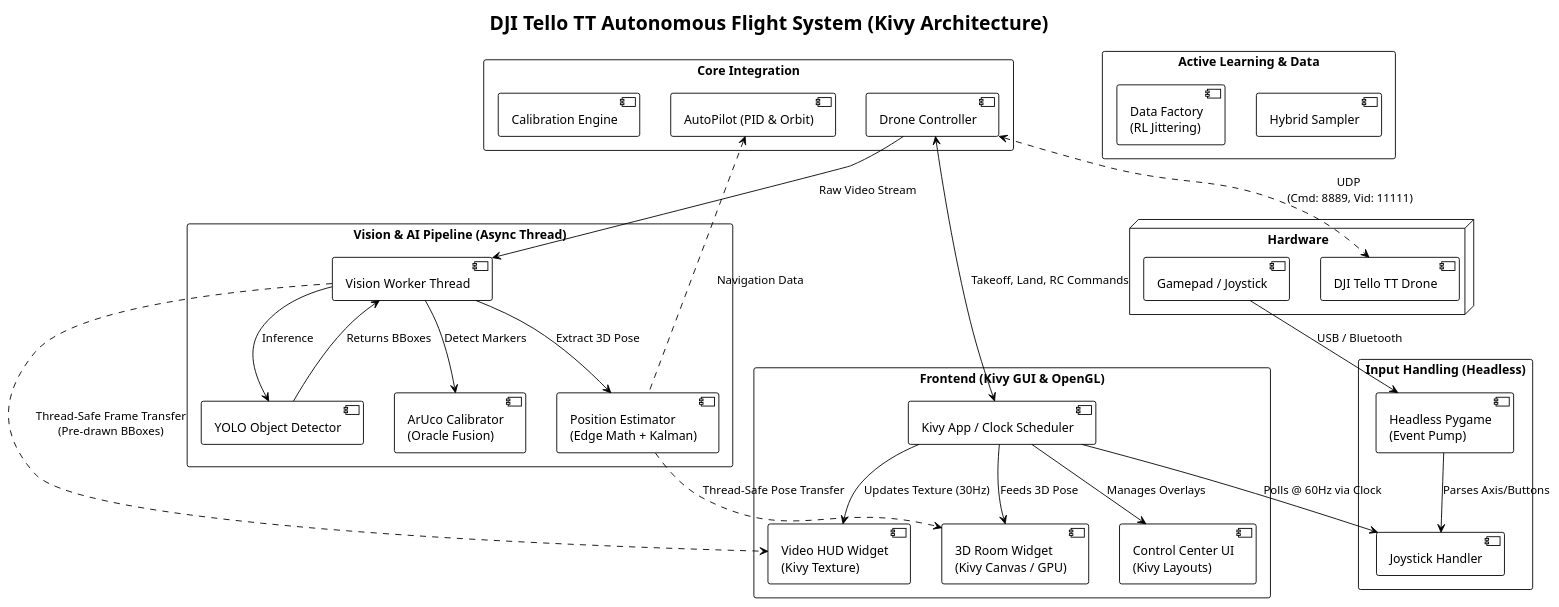
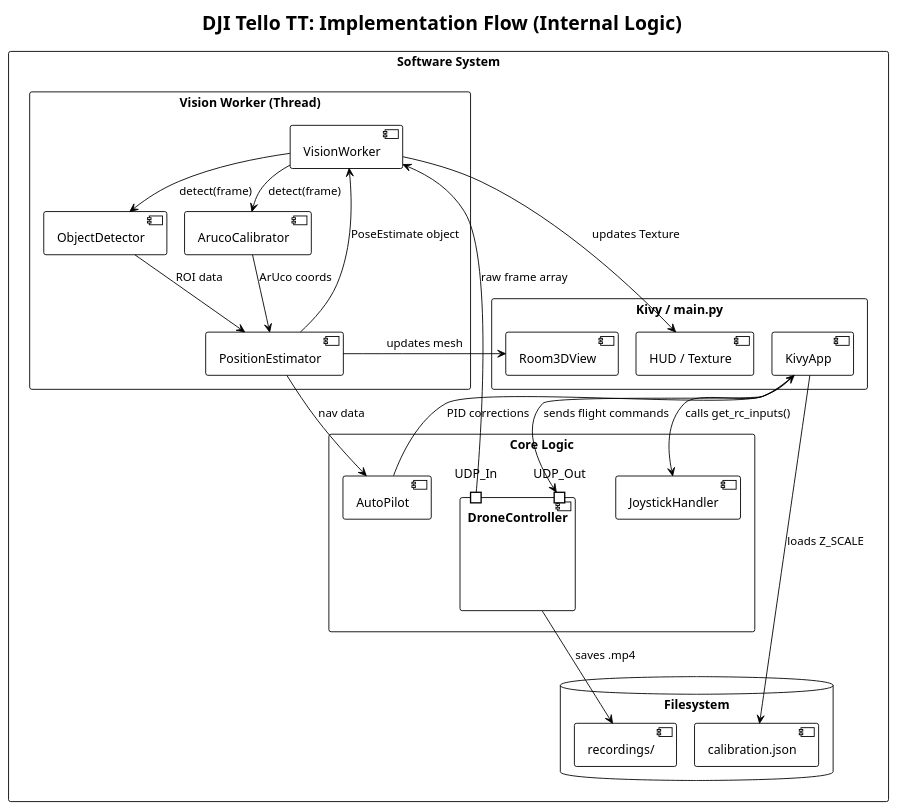
Before and after one commit to ohSystemmm/drone-syp-project: the diagram in GOOSE/diagrams/componentdiagram.wsd, drawn with PlantUML.

Commit message:
feat: update component diagram for DJI Tello TT with refined layout and internal logic

```diff
--- a/GOOSE/diagrams/componentdiagram.wsd
+++ b/GOOSE/diagrams/componentdiagram.wsd
@@ -1,72 +1,58 @@
 @startuml
 !theme plain
 skinparam componentStyle uml2
 skinparam packageStyle rectangle
 skinparam shadowing false
+' Reduced spacing to prevent layout sprawl
+skinparam ranksep 30
+skinparam nodesep 20
 
-title DJI Tello TT Autonomous Flight System (Kivy Architecture)
+title DJI Tello TT: Implementation Flow (Internal Logic)
 
-node "Hardware" {
-    [DJI Tello TT Drone] as Tello
-    [Gamepad / Joystick] as JoystickHardware
+' We wrap everything in a "System" package to keep the layout engine from exploding
+package "Software System" {
+
+    package "Core Logic" {
+        component "DroneController" as DroneCtrl {
+            port "UDP_Out" as DC_Cmd
+            port "UDP_In" as DC_Vid
+        }
+        [AutoPilot] as Pilot
+        [JoystickHandler] as JoyHandler
+    }
+
+    package "Vision Worker (Thread)" {
+        [VisionWorker] as Worker
+        [PositionEstimator] as PoseEst
+        [ObjectDetector] as YOLO
+        [ArucoCalibrator] as Aruco
+    }
+
+    package "Kivy / main.py" {
+        [KivyApp] as App
+        [Room3DView] as Room3D
+        [HUD / Texture] as HUD
+    }
+
+    database "Filesystem" {
+        [calibration.json] as Config
+        [recordings/] as VideoDir
+    }
 }
 
-package "Frontend (Kivy GUI & OpenGL)" {
-    [Kivy App / Clock Scheduler] as KivyApp
-    [Video HUD Widget\n(Kivy Texture)] as HUD
-    [Control Center UI\n(Kivy Layouts)] as ControlCenterUI
-    [3D Room Widget\n(Kivy Canvas / GPU)] as Room3DWidget
-}
-
-package "Input Handling (Headless)" {
-    [Headless Pygame\n(Event Pump)] as HeadlessPygame
-    [Joystick Handler] as Joystick
-}
-
-package "Core Integration" {
-    [Drone Controller] as DroneCtrl
-    [AutoPilot (PID & Orbit)] as AutoPilot
-    [Calibration Engine] as Calibration
-}
-
-package "Vision & AI Pipeline (Async Thread)" {
-    [Vision Worker Thread] as VisionWorker
-    [YOLO Object Detector] as YOLODetector
-    [Position Estimator\n(Edge Math + Kalman)] as PoseEstimator
-    [ArUco Calibrator\n(Oracle Fusion)] as Aruco
-}
-
-package "Active Learning & Data" {
-    [Hybrid Sampler] as Sampler
-    [Data Factory\n(RL Jittering)] as DataFactory
-}
-
-' --- Relationships ---
-
-' Hardware Connections
-DroneCtrl <..> Tello : UDP \n(Cmd: 8889, Vid: 11111)
-JoystickHardware --> HeadlessPygame : USB / Bluetooth
-
-' Input Flow
-HeadlessPygame --> Joystick : Parses Axis/Buttons
-KivyApp --> Joystick : Polls @ 60Hz via Clock
-
-' Kivy UI Flow
-KivyApp --> ControlCenterUI : Manages Overlays
-KivyApp --> HUD : Updates Texture (30Hz)
-KivyApp --> Room3DWidget : Feeds 3D Pose
-KivyApp <--> DroneCtrl : Takeoff, Land, RC Commands
-
-' Vision Pipeline Flow
-DroneCtrl --> VisionWorker : Raw Video Stream
-VisionWorker --> YOLODetector : Inference
-VisionWorker --> Aruco : Detect Markers
-VisionWorker --> PoseEstimator : Extract 3D Pose
-
-' Video & Data Handoff
-YOLODetector --> VisionWorker : Returns BBoxes
-VisionWorker ..> HUD : Thread-Safe Frame Transfer\n(Pre-drawn BBoxes)
-PoseEstimator ..> Room3DWidget : Thread-Safe Pose Transfer
-PoseEstimator .up.> AutoPilot : Navigation Data
-
+' Internal Data Flow
+App --> JoyHandler : calls get_rc_inputs()
+App --> DC_Cmd : sends flight commands
+DC_Vid --> Worker : raw frame array
+Worker --> YOLO : detect(frame)
+Worker --> Aruco : detect(frame)
+YOLO --> PoseEst : ROI data
+Aruco --> PoseEst : ArUco coords
+PoseEst --> Worker : PoseEstimate object
+Worker --> HUD : updates Texture
+PoseEst --> Room3D : updates mesh
+PoseEst --> Pilot : nav data
+Pilot --> App : PID corrections
+DroneCtrl --> VideoDir : saves .mp4
+App --> Config : loads Z_SCALE
 @enduml
```
